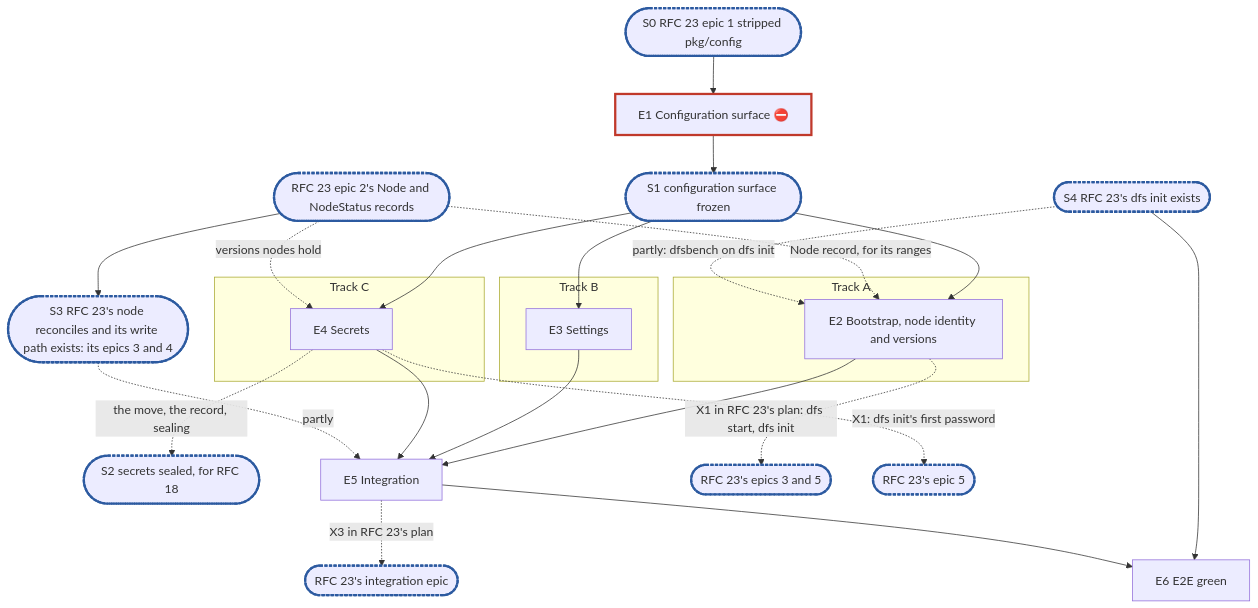
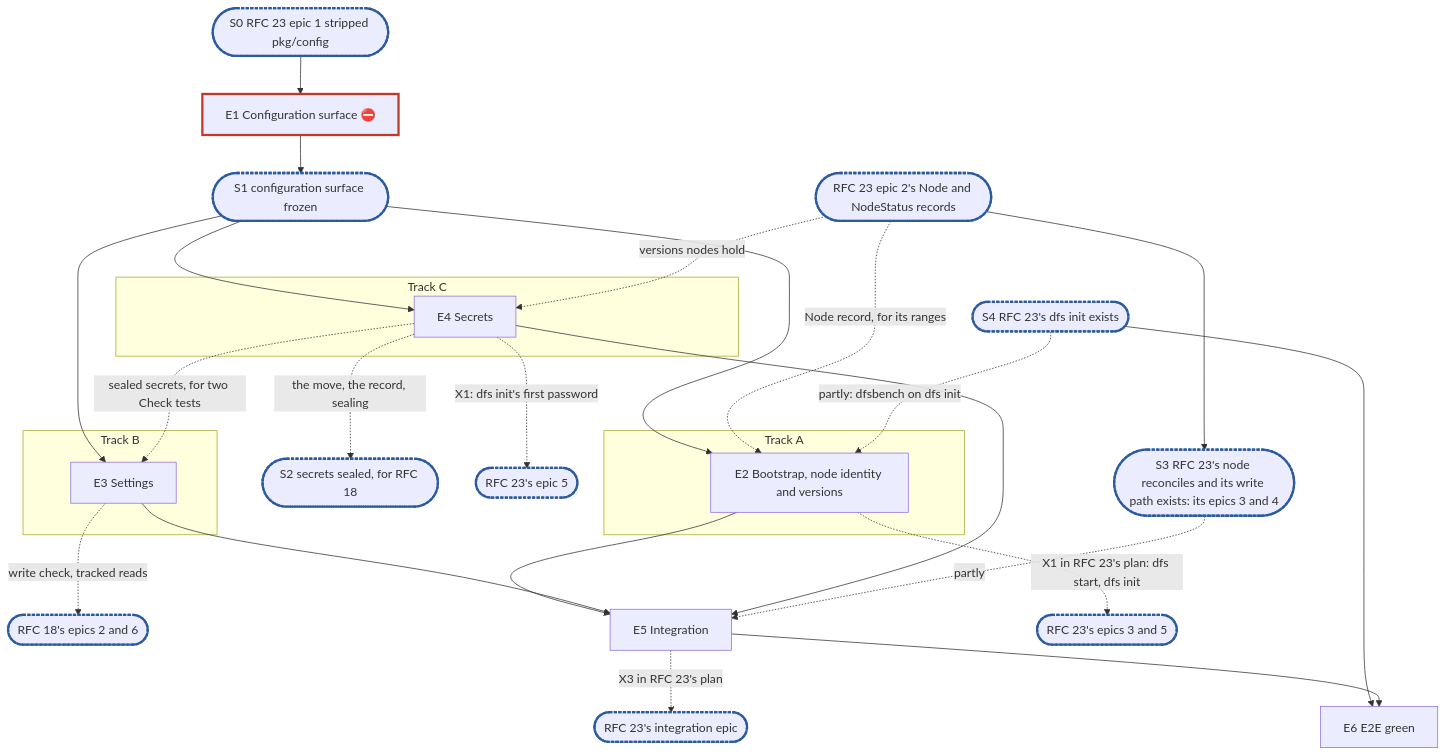
The diagram in docs/internals/planning/rfc-13-config-plan.md (cubbit/dittofs), drawn with Mermaid before and after one commit. The commit also changed other lines of this file and 1 other file, not shown here.

First line of the commit message:
docs(rfc-13): fold sixth review of the configuration plan

````diff
--- a/docs/internals/planning/rfc-13-config-plan.md
+++ b/docs/internals/planning/rfc-13-config-plan.md
@@ -294,31 +301,33 @@
 ```mermaid
 flowchart TD
   X0(["S0 RFC 23 epic 1 stripped pkg/config"]):::sync --> E1["E1 Configuration surface ⛔"]:::blocker
   E1 --> S1(["S1 configuration surface frozen"]):::sync
   subgraph A["Track A"]
     E2["E2 Bootstrap, node identity and versions"]
   end
   subgraph B["Track B"]
     E3["E3 Settings"]
   end
   subgraph C["Track C"]
     E4["E4 Secrets"]
   end
   S1 --> E2 & E3 & E4
   R2(["RFC 23 epic 2's Node and NodeStatus records"]):::sync
   R2 -. "Node record, for its ranges" .-> E2
   R2 -. "versions nodes hold" .-> E4
   E4 -. "the move, the record, sealing" .-> S2(["S2 secrets sealed, for RFC 18"]):::sync
+  E4 -. "sealed secrets, for two Check tests" .-> E3
+  E3 -. "write check, tracked reads" .-> R18(["RFC 18's epics 2 and 6"]):::sync
   S3(["S3 RFC 23's node reconciles and its write path exists: its epics 3 and 4"]):::sync
   R2 --> S3
   E2 & E3 & E4 --> E5["E5 Integration"]
   S3 -. "partly" .-> E5
   E2 -. "X1 in RFC 23's plan: dfs start, dfs init" .-> R35(["RFC 23's epics 3 and 5"]):::sync
   E4 -. "X1: dfs init's first password" .-> R5(["RFC 23's epic 5"]):::sync
   S4(["S4 RFC 23's dfs init exists"]):::sync --> E6["E6 E2E green"]
   S4 -. "partly: dfsbench on dfs init" .-> E2
   E5 -. "X3 in RFC 23's plan" .-> R7(["RFC 23's integration epic"]):::sync
   E5 --> E6
   classDef blocker stroke:#c0392b,stroke-width:3px
   classDef sync stroke:#2c5aa0,stroke-width:3px,stroke-dasharray:4 2
 ```
````
